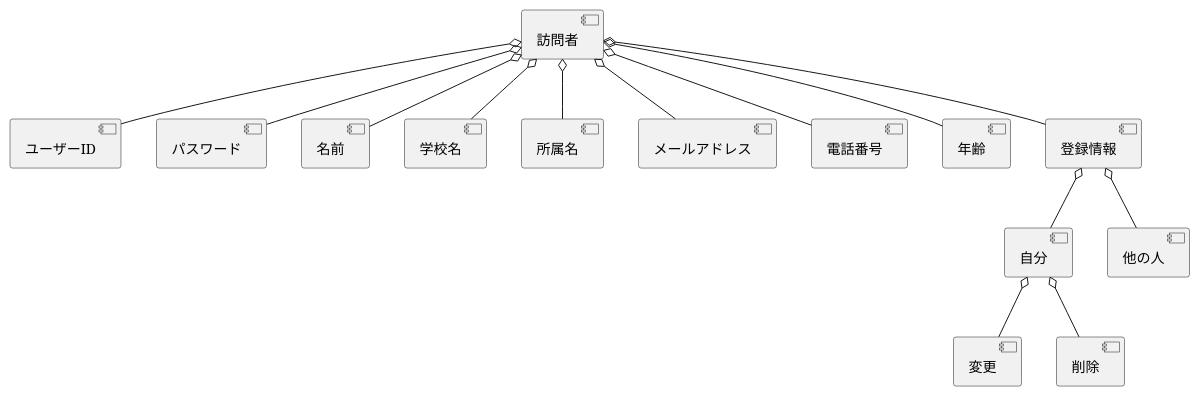
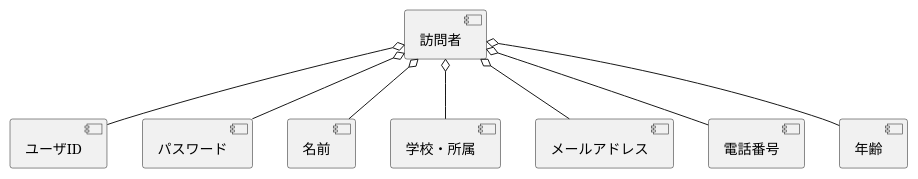
The diagram in group/07_web_visitor/domain.pu (sugimoto0804/o-hara_uml), drawn with PlantUML before and after one commit. The commit also changed 3 other files, not shown here.

```diff
--- a/group/07_web_visitor/domain.pu
+++ b/group/07_web_visitor/domain.pu
@@ -1,20 +1,12 @@
 @startuml Web_visitor
 skinparam  ComponentFontStyle rectange 
 
 ' 訪問者
-[訪問者] o-- [ユーザーID]
+[訪問者] o-- [ユーザID]
 [訪問者] o-- [パスワード]
 [訪問者] o-- [名前]
-[訪問者] o-- [学校名]
-[訪問者] o-- [所属名]
+[訪問者] o-- [学校・所属]
 [訪問者] o-- [メールアドレス]
 [訪問者] o-- [電話番号]
 [訪問者] o-- [年齢]
-[訪問者] o-- [登録情報]
-' 登録情報
-[登録情報] o-- [自分]
-[登録情報] o-- [他の人]
-' 自分が出来ること
-[自分] o-- [変更]
-[自分] o-- [削除]
 @enduml
```
